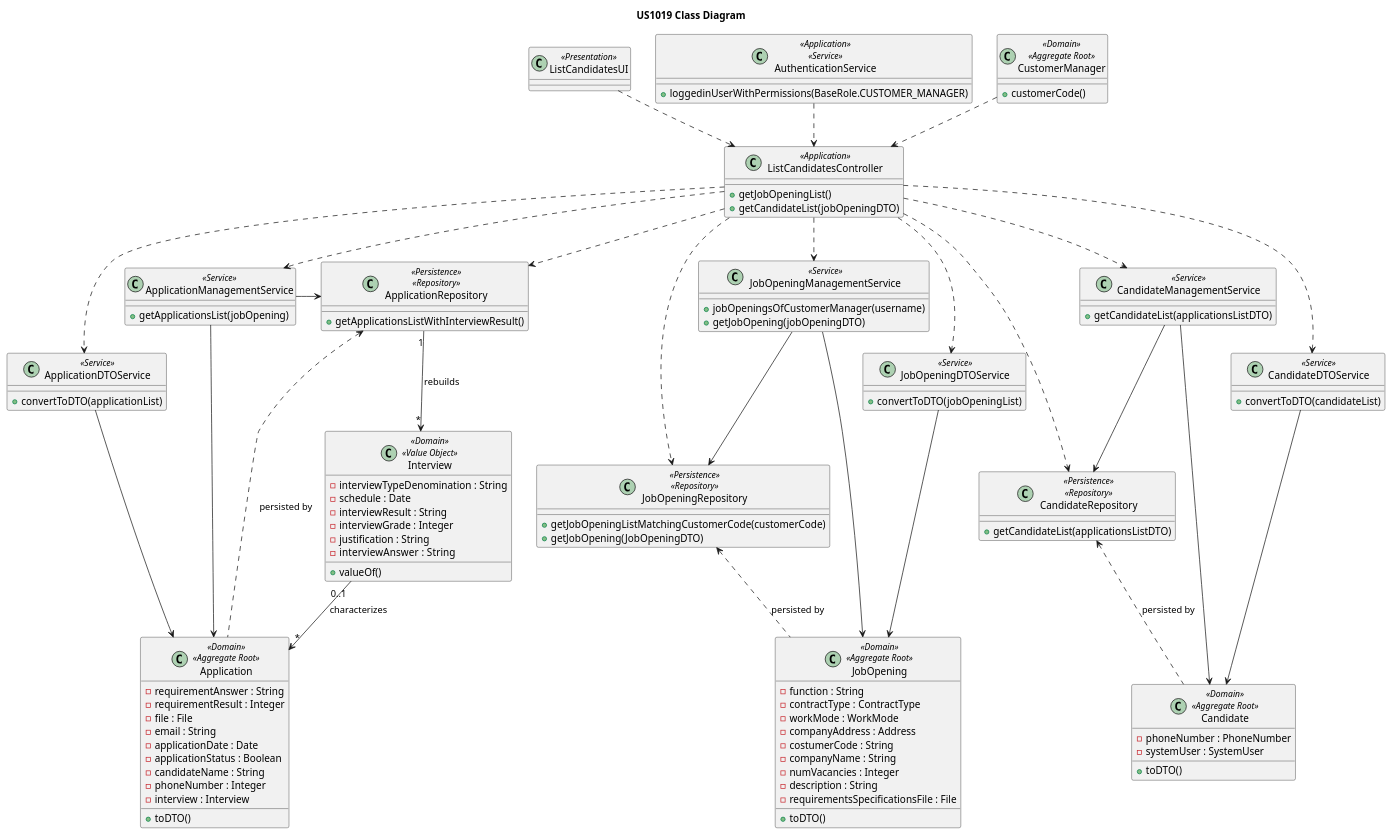
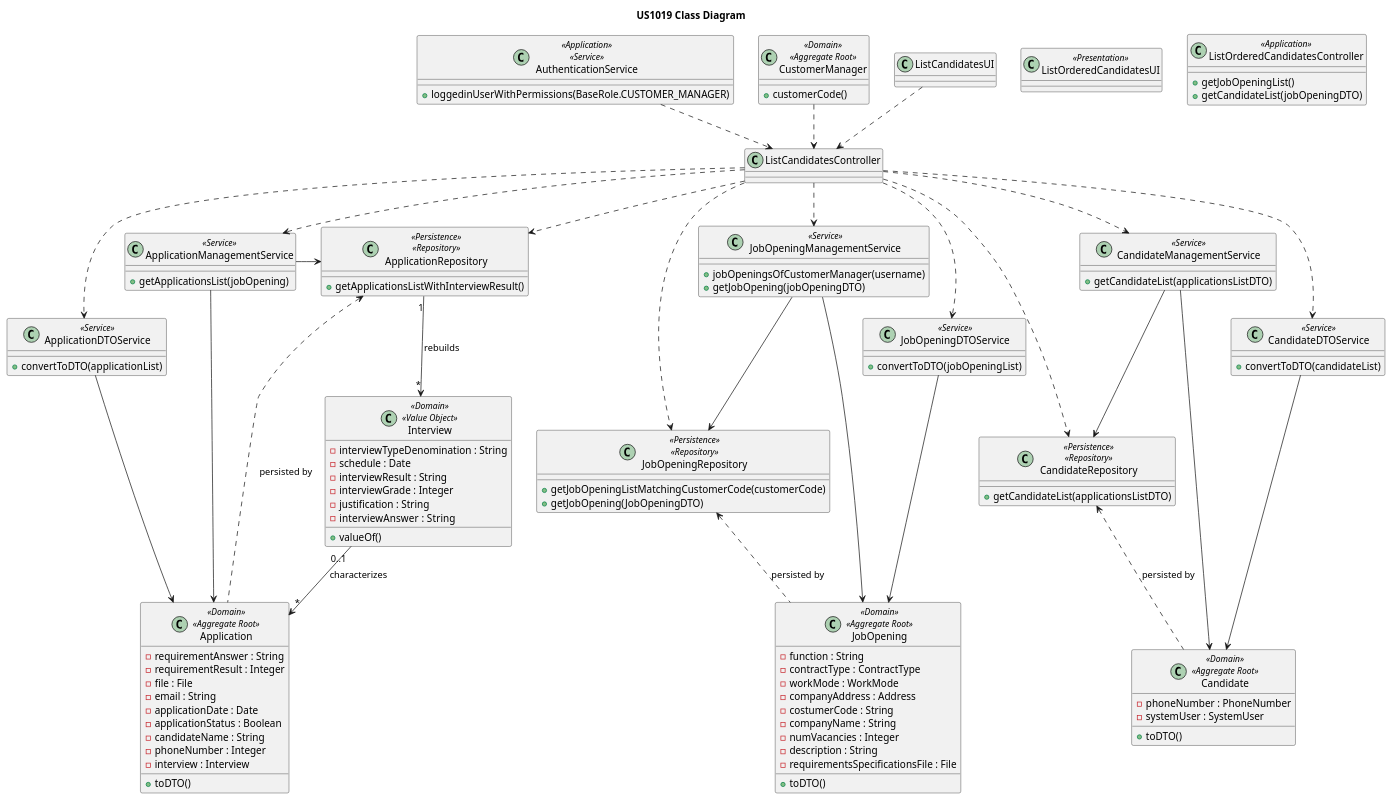
One commit to rita-barbosa/LAPR4-2324 changed the diagram in docs/sprint-c/us_1019/CD/US1019_CD.puml. Above: the diagram before and after it, drawn with PlantUML. The commit also changed 4 other files, not shown here.

```diff
--- a/docs/sprint-c/us_1019/CD/US1019_CD.puml
+++ b/docs/sprint-c/us_1019/CD/US1019_CD.puml
@@ -1,146 +1,146 @@
 @startuml US1019_CD
 title US1019 Class Diagram
 
 'package "Presentation" {
-    class ListCandidatesUI <<Presentation>> {
+    class ListOrderedCandidatesUI <<Presentation>> {
     }
 '}
 
 'package "Application" {
-    class ListCandidatesController <<Application>> {
+    class ListOrderedCandidatesController <<Application>> {
         + getJobOpeningList()
         + getCandidateList(jobOpeningDTO)
     }
 '}
 
 class JobOpeningManagementService <<Service>> {
     + jobOpeningsOfCustomerManager(username)
     + getJobOpening(jobOpeningDTO)
 }
 
 class JobOpeningDTOService <<Service>> {
     + convertToDTO(jobOpeningList)
 }
 
 class ApplicationManagementService <<Service>> {
     + getApplicationsList(jobOpening)
 }
 
 class ApplicationDTOService <<Service>> {
     + convertToDTO(applicationList)
 }
 
 class CandidateManagementService <<Service>> {
     + getCandidateList(applicationsListDTO)
 }
 
 class CandidateDTOService <<Service>> {
     + convertToDTO(candidateList)
 }
 
 
     class AuthenticationService <<Application>> <<Service>> {
         + loggedinUserWithPermissions(BaseRole.CUSTOMER_MANAGER)
 
     }
 
     class CustomerManager <<Domain>> <<Aggregate Root>> {
         + customerCode()
     }
 
     class Candidate <<Domain>> <<Aggregate Root>> {
         - phoneNumber : PhoneNumber
         - systemUser : SystemUser
         + toDTO()
     }
 
     class JobOpening <<Domain>> <<Aggregate Root>> {
         - function : String
         - contractType : ContractType
         - workMode : WorkMode
         - companyAddress : Address
         - costumerCode : String
         - companyName : String
         - numVacancies : Integer
         - description : String
         - requirementsSpecificationsFile : File
         + toDTO()
     }
 
     class Application <<Domain>> <<Aggregate Root>> {
         - requirementAnswer : String
         - requirementResult : Integer
         - file : File
         - email : String
         - applicationDate : Date
         - applicationStatus : Boolean
         - candidateName : String
         - phoneNumber : Integer
         - interview : Interview
         + toDTO()
     }
 
     class Interview <<Domain>> <<Value Object>> {
         - interviewTypeDenomination : String
         - schedule : Date
         - interviewResult : String
         - interviewGrade : Integer
         - justification : String
         - interviewAnswer :  String
         + valueOf()
     }
 '}
 
 'package "Persistence" {
     class JobOpeningRepository <<Persistence>> <<Repository>> {
         + getJobOpeningListMatchingCustomerCode(customerCode)
         + getJobOpening(JobOpeningDTO)
     }
 
     class ApplicationRepository <<Persistence>> <<Repository>> {
         + getApplicationsListWithInterviewResult()
     }
 
     class CandidateRepository <<Persistence>> <<Repository>> {
         + getCandidateList(applicationsListDTO)
     }
 '}
 
 ' Associations
 CustomerManager ..> ListCandidatesController
 ListCandidatesUI ..> ListCandidatesController
 ListCandidatesController ..> JobOpeningRepository
 ListCandidatesController ..> ApplicationRepository
 ListCandidatesController ..> CandidateRepository
 ListCandidatesController ..> ApplicationManagementService
 ListCandidatesController ..> JobOpeningManagementService
 ListCandidatesController ..> JobOpeningDTOService
 ListCandidatesController ..> ApplicationDTOService
 ListCandidatesController ..> CandidateManagementService
 ListCandidatesController ..> CandidateDTOService
 
 ' Domain Layer
 Interview "0..1" --> "*" Application : characterizes
 JobOpeningManagementService --> JobOpeningRepository
 JobOpeningManagementService --> JobOpening
 ApplicationManagementService -> Application
 ApplicationManagementService -> ApplicationRepository
 ApplicationDTOService -> Application
 JobOpeningDTOService --> JobOpening
 CandidateManagementService --> CandidateRepository
 CandidateManagementService --> Candidate
 CandidateDTOService --> Candidate
 
 ' Persistence Layer
 JobOpeningRepository <.. JobOpening : persisted by
 
 ApplicationRepository <.. Application : persisted by
 ApplicationRepository "1" --> "*" Interview : rebuilds
 
 CandidateRepository <.. Candidate : persisted by
 
 
 ' Authentication
 AuthenticationService ..> ListCandidatesController
 
 @enduml
```
